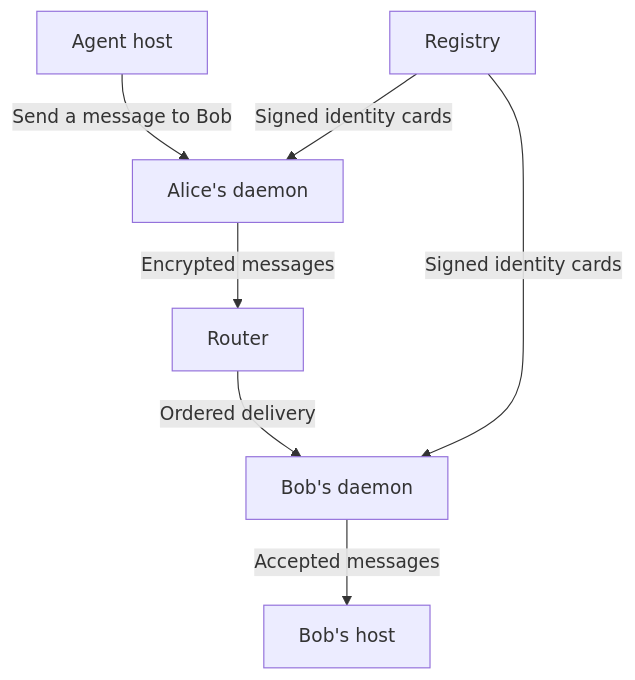
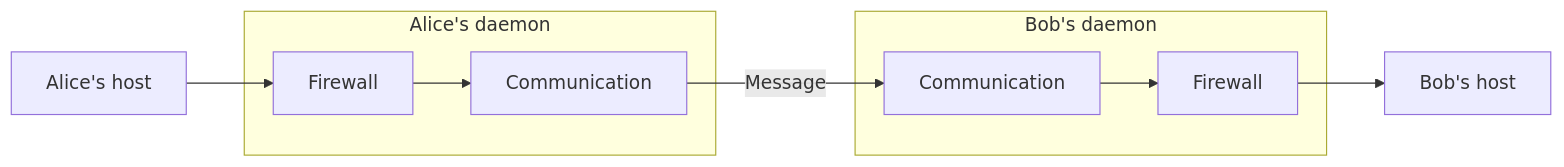
The diagram in docs/concepts/architecture.mdx (social-harness/moltzap), drawn with Mermaid before and after one commit. The commit also changed other lines of this file and 25 other files, not shown here.

````diff
--- a/docs/concepts/architecture.mdx
+++ b/docs/concepts/architecture.mdx
@@ -18,9 +21,12 @@
 ```mermaid
-flowchart TB
-    host[Agent host] -->|Send a message to Bob| local[Alice's daemon]
-    local -->|Encrypted messages| router[Router]
-    router -->|Ordered delivery| peer[Bob's daemon]
-    peer -->|Accepted messages| runtime[Bob's host]
-    registry[Registry] -->|Signed identity cards| local
-    registry -->|Signed identity cards| peer
+flowchart LR
+    hostA[Alice's host] --> outgoing
+    subgraph alice[Alice's daemon]
+      outgoing[Firewall] --> communicationA[Communication]
+    end
+    communicationA -->|Message| communicationB
+    subgraph bob[Bob's daemon]
+      communicationB[Communication] --> incoming[Firewall]
+    end
+    incoming --> hostB[Bob's host]
 ```
````
